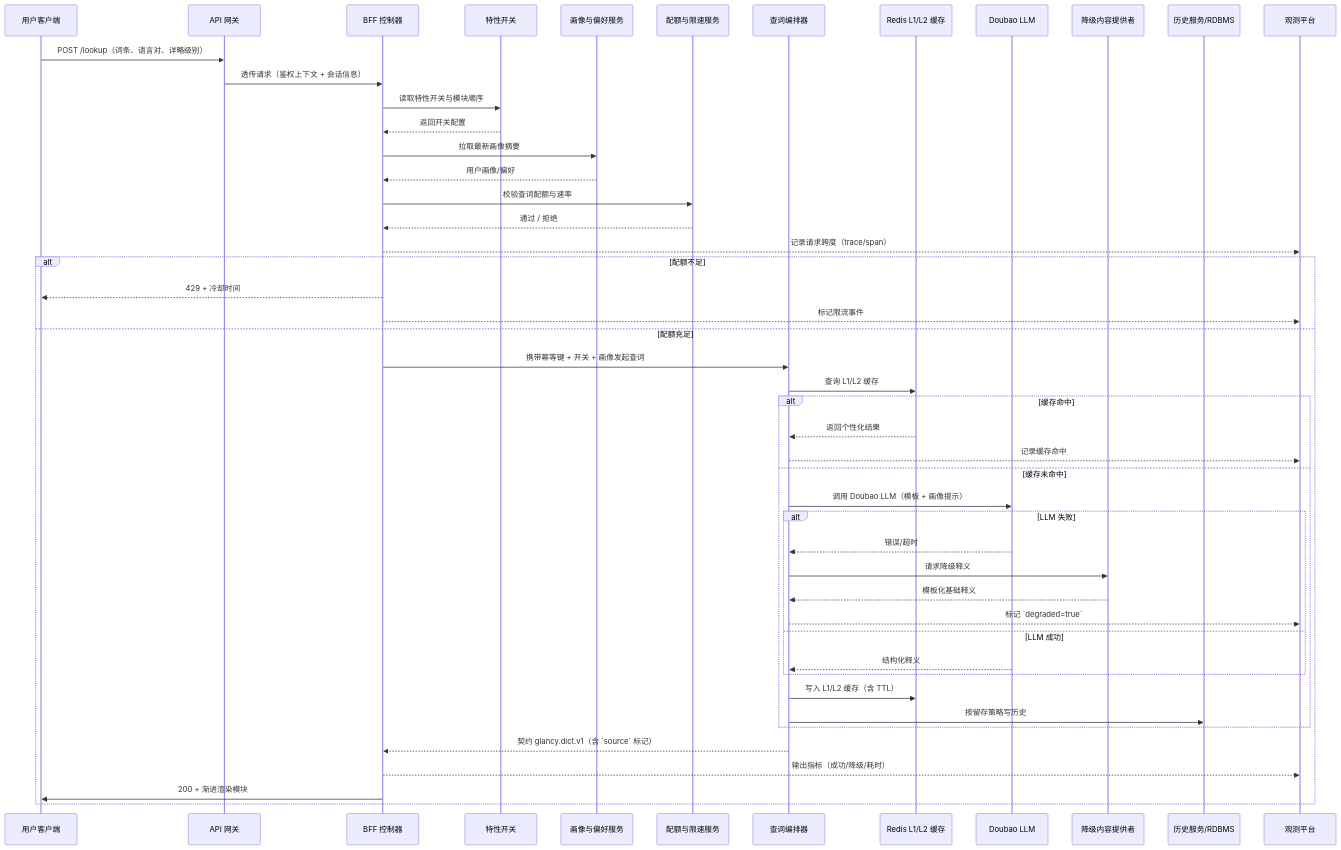
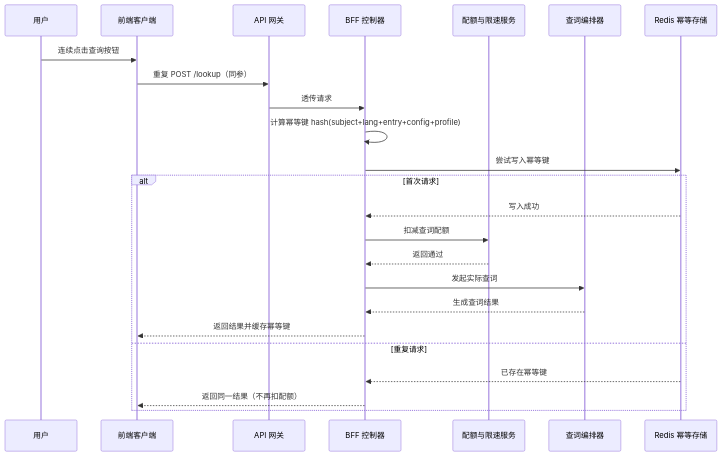
The fifth of 30 diagrams in doc/需求说明文档/Appendix/附录 C 图示（系统上下文、时序、状态机）.md (TaylorChyi/glancy), drawn with Mermaid before and after one commit. The commit also changed other lines of this file, not shown here.

Commit message:
docs: add sequence diagrams for functional requirements

````diff
--- a/doc/需求说明文档/Appendix/附录 C 图示（系统上下文、时序、状态机）.md
+++ b/doc/需求说明文档/Appendix/附录 C 图示（系统上下文、时序、状态机）.md
@@ -91,51 +183,27 @@
 ```mermaid
 sequenceDiagram
-    participant U as 用户客户端
+    participant U as 用户
+    participant C as 前端客户端
     participant G as API 网关
     participant B as BFF 控制器
-    participant F as 特性开关
-    participant P as 画像与偏好服务
     participant Q as 配额与限速服务
     participant O as 查词编排器
-    participant C as Redis L1/L2 缓存
-    participant L as Doubao LLM
-    participant D as 降级内容提供者
-    participant H as 历史服务/RDBMS
-    participant Obs as 观测平台
+    participant R as Redis 幂等存储
 
-    U->>G: POST /lookup（词条、语言对、详略级别）
-    G->>B: 透传请求（鉴权上下文 + 会话信息）
-    B->>F: 读取特性开关与模块顺序
-    F-->>B: 返回开关配置
-    B->>P: 拉取最新画像摘要
-    P-->>B: 用户画像/偏好
-    B->>Q: 校验查词配额与速率
-    Q-->>B: 通过 / 拒绝
-    B-->>Obs: 记录请求跨度（trace/span）
-    alt 配额不足
-        B-->>U: 429 + 冷却时间
-        B-->>Obs: 标记限流事件
-    else 配额充足
-        B->>O: 携带幂等键 + 开关 + 画像发起查词
-        O->>C: 查询 L1/L2 缓存
-        alt 缓存命中
-            C-->>O: 返回个性化结果
-            O-->>Obs: 记录缓存命中
-        else 缓存未命中
-            O->>L: 调用 Doubao LLM（模板 + 画像提示）
-            alt LLM 失败
-                L-->>O: 错误/超时
-                O->>D: 请求降级释义
-                D-->>O: 模板化基础释义
-                O-->>Obs: 标记 `degraded=true`
-            else LLM 成功
-                L-->>O: 结构化释义
-            end
-            O->>C: 写入 L1/L2 缓存（含 TTL）
-            O->>H: 按留存策略写历史
-        end
-        O-->>B: 契约 glancy.dict.v1（含 `source` 标记）
-        B-->>Obs: 输出指标（成功/降级/耗时）
-        B->>U: 200 + 渐进渲染模块
+    U->>C: 连续点击查询按钮
+    C->>G: 重复 POST /lookup（同参）
+    G->>B: 透传请求
+    B->>B: 计算幂等键 hash(subject+lang+entry+config+profile)
+    B->>R: 尝试写入幂等键
+    alt 首次请求
+        R-->>B: 写入成功
+        B->>Q: 扣减查词配额
+        Q-->>B: 返回通过
+        B->>O: 发起实际查词
+        O-->>B: 生成查词结果
+        B-->>C: 返回结果并缓存幂等键
+    else 重复请求
+        R-->>B: 已存在幂等键
+        B-->>C: 返回同一结果（不再扣配额）
     end
 ```
````
